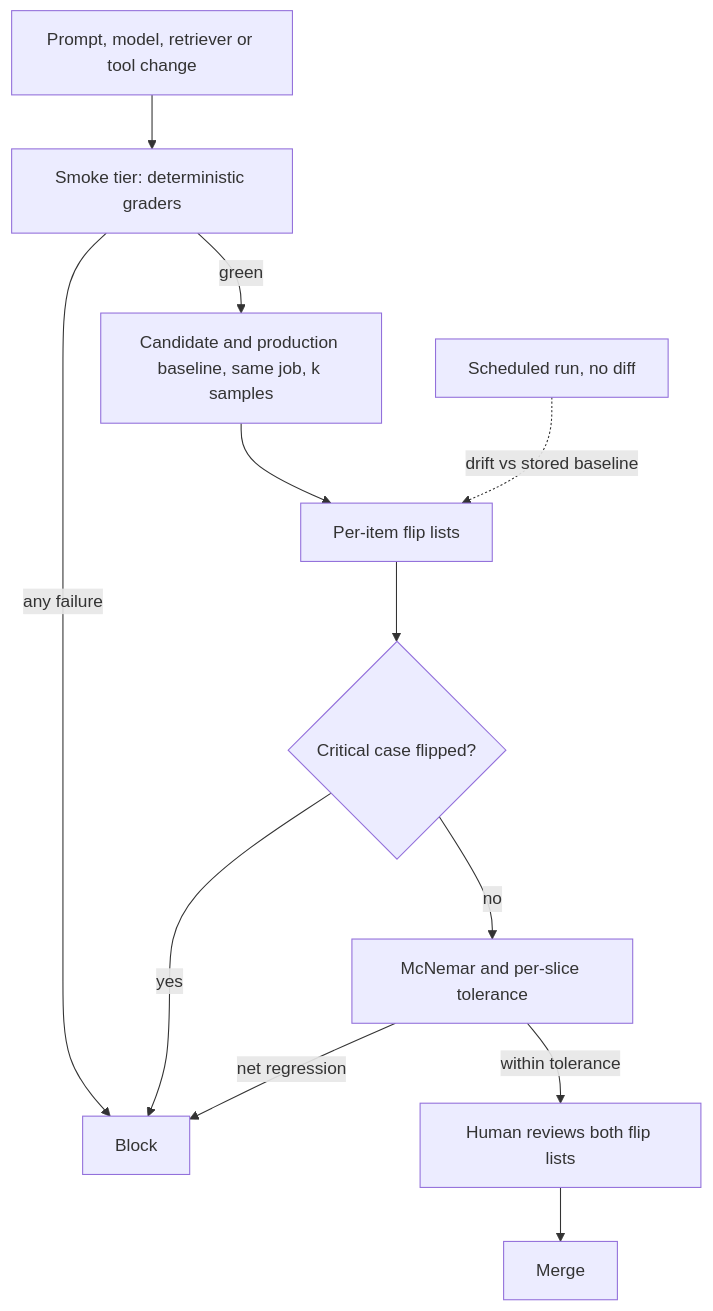
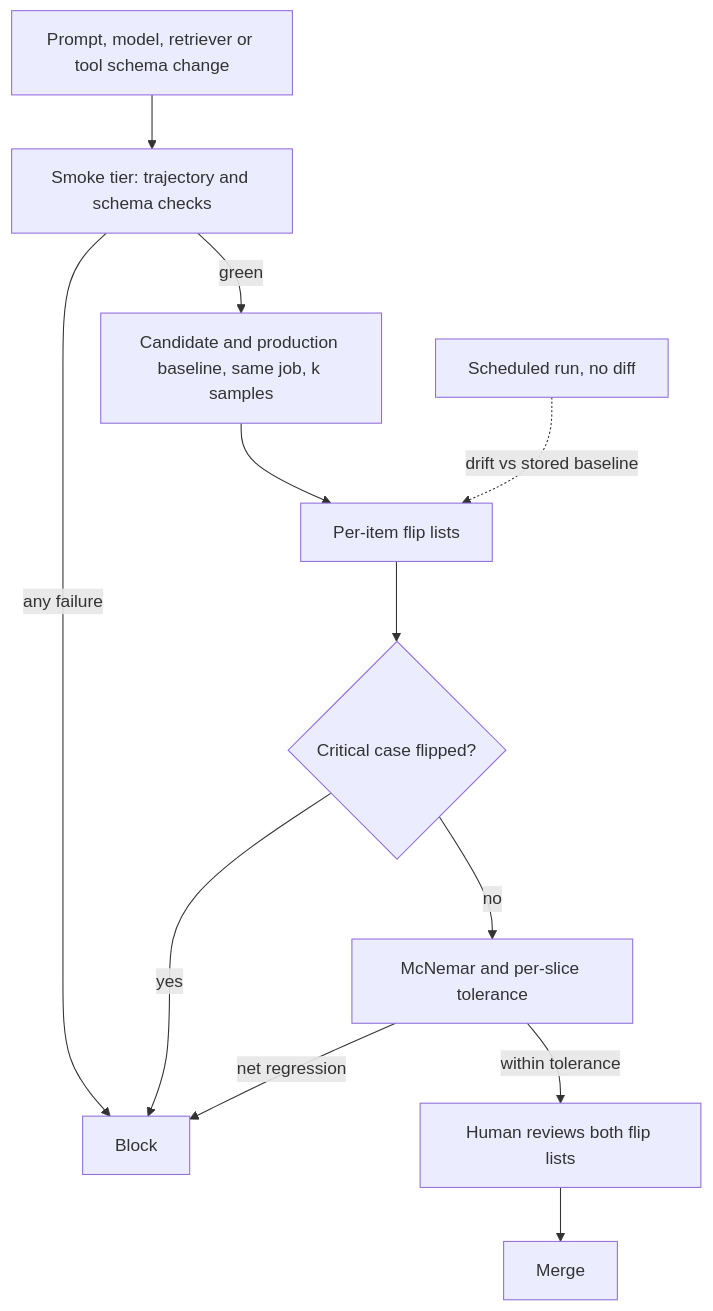
Before and after one commit to lovishmahajan97/agentic-learning: the diagram in content/evals/regression-tests.md, drawn with Mermaid. The commit also changed other lines of this file and 266 other files, not shown here.

````diff
--- a/content/evals/regression-tests.md
+++ b/content/evals/regression-tests.md
@@ -119,14 +137,14 @@
 ```mermaid
 flowchart TD
-    PR["Prompt, model, retriever or tool change"] --> SM["Smoke tier: deterministic graders"]
+    PR["Prompt, model, retriever or tool schema change"] --> SM["Smoke tier: trajectory and schema checks"]
     SM -->|"any failure"| BL["Block"]
     SM -->|"green"| RUN["Candidate and production baseline, same job, k samples"]
     RUN --> FL["Per-item flip lists"]
     FL --> CR{"Critical case flipped?"}
     CR -->|"yes"| BL
     CR -->|"no"| MC["McNemar and per-slice tolerance"]
     MC -->|"net regression"| BL
     MC -->|"within tolerance"| RV["Human reviews both flip lists"]
     RV --> MG["Merge"]
     CRON["Scheduled run, no diff"] -.->|"drift vs stored baseline"| FL
 ```
````
